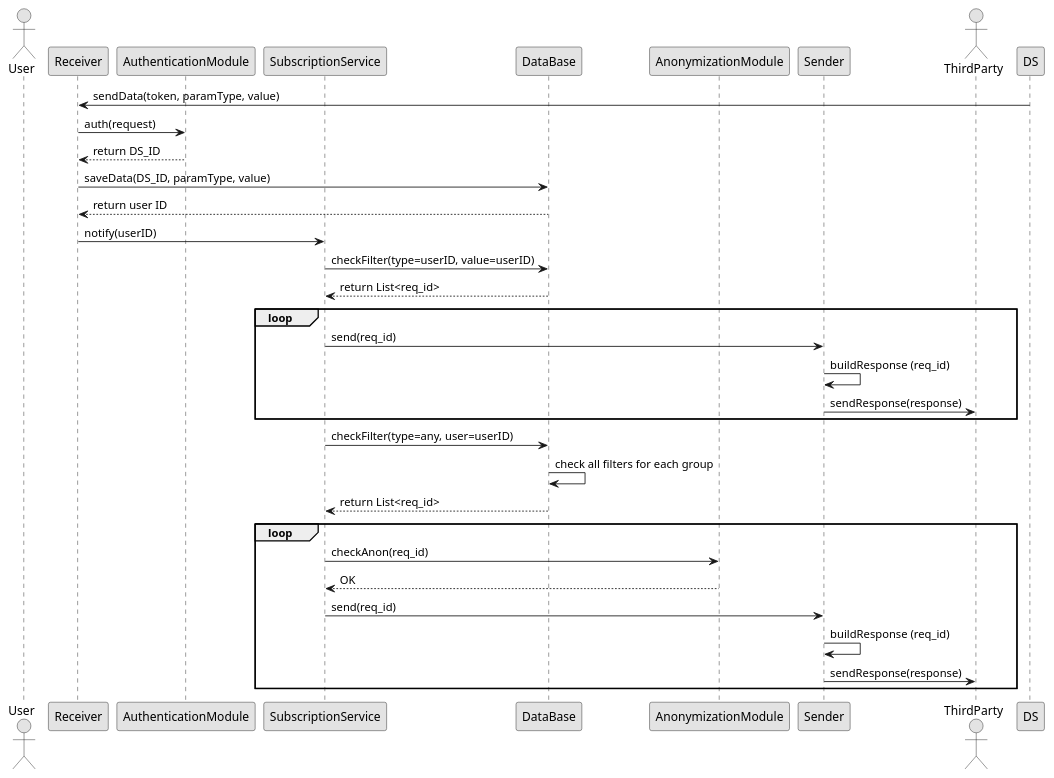
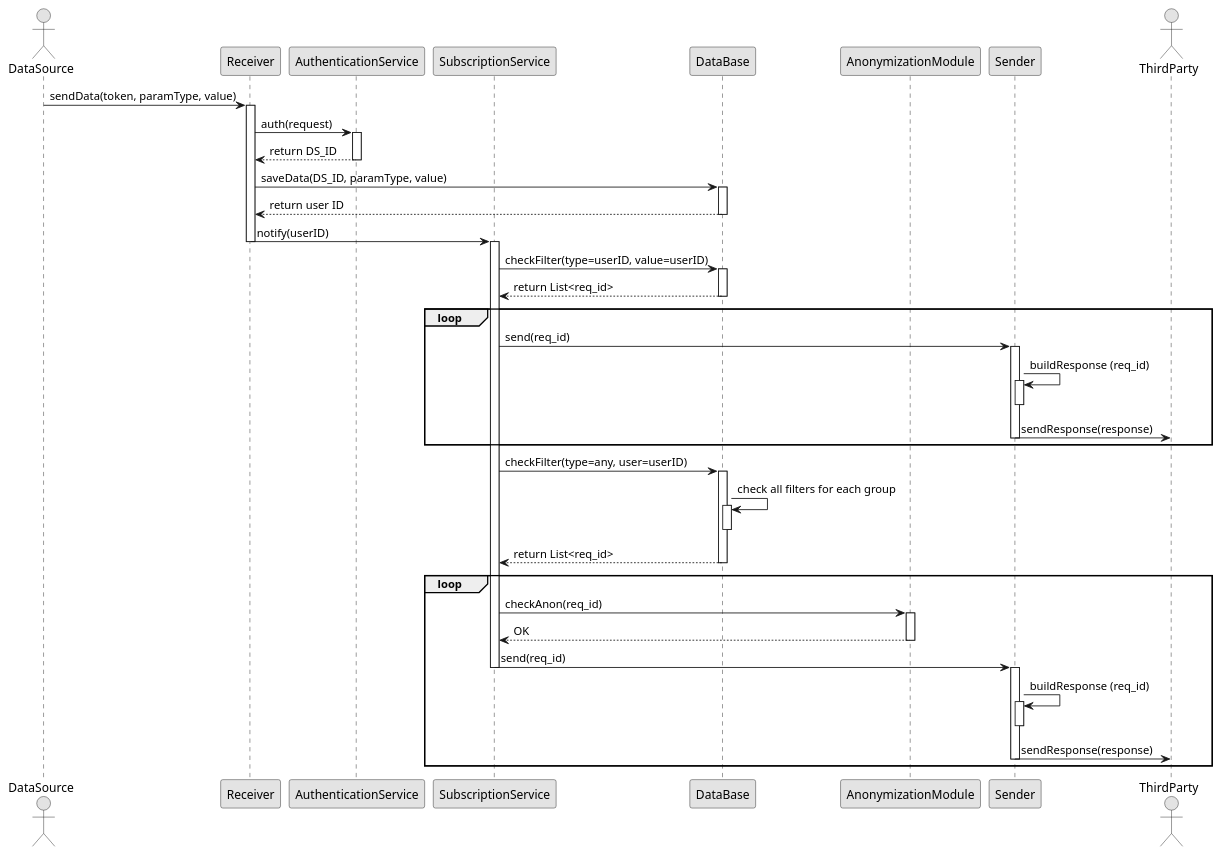
Before and after one commit to AlviseDeFaveri/BiscontiniDeFaveriGelli: the diagram in DD/diagrams/SubscriptionNotification_Sequence.puml, drawn with PlantUML. The commit also changed 6 other files, not shown here.

Commit message:
added sequence diagrams

```diff
--- a/DD/diagrams/SubscriptionNotification_Sequence.puml
+++ b/DD/diagrams/SubscriptionNotification_Sequence.puml
@@ -1,38 +1,63 @@
 @startuml
 skinparam monochrome true
-actor User
+actor DataSource as DS
 participant Receiver as RCV
-participant AuthenticationModule as AUTH
+participant AuthenticationService as AUTH
 participant SubscriptionService as SUB
 participant DataBase as DB
 participant AnonymizationModule as ANON
 participant Sender as SND
 actor ThirdParty as TP
 
 DS -> RCV  : sendData(token, paramType, value)
+activate RCV
 RCV -> AUTH : auth(request)
+activate AUTH
 AUTH --> RCV : return DS_ID
+deactivate AUTH
 RCV -> DB : saveData(DS_ID, paramType, value)
+activate DB
 DB --> RCV: return user ID
+deactivate DB
 RCV -> SUB: notify(userID)
+deactivate RCV
+activate SUB
+
 SUB -> DB: checkFilter(type=userID, value=userID)
+activate DB
 DB --> SUB: return List<req_id>
+deactivate DB
 
 loop
 SUB -> SND: send(req_id)
+activate SND
 SND -> SND : buildResponse (req_id)
+activate SND
+deactivate SND
 SND ->TP : sendResponse(response)
+deactivate SND
 end loop
 
 SUB -> DB: checkFilter(type=any, user=userID)
+activate DB
 DB -> DB : check all filters for each group
+activate DB
+deactivate DB
 DB --> SUB: return List<req_id>
+deactivate DB
 
 loop
 SUB -> ANON : checkAnon(req_id)
+activate ANON
 ANON --> SUB : OK
+deactivate ANON
 SUB -> SND: send(req_id)
+deactivate SUB
+activate SND
 SND -> SND : buildResponse (req_id)
+activate SND
+deactivate SND
 SND ->TP : sendResponse(response)
+deactivate SND
 end loop
 @enduml
```
